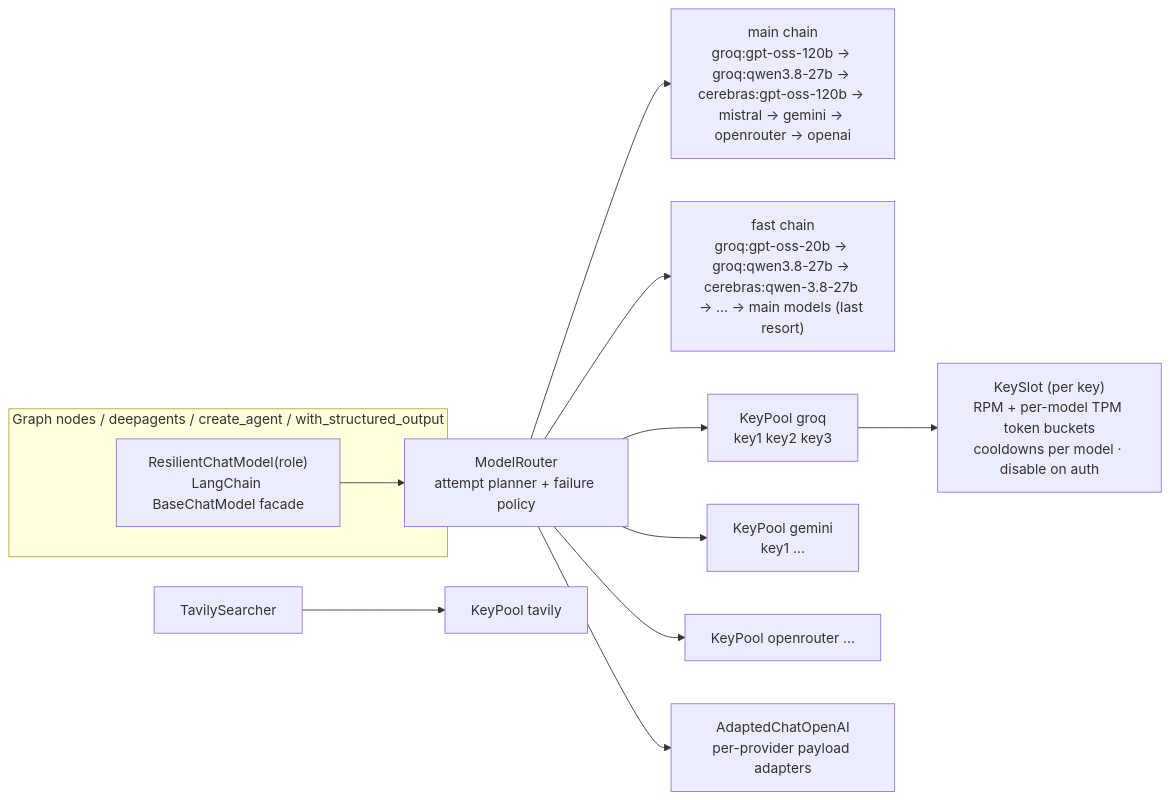
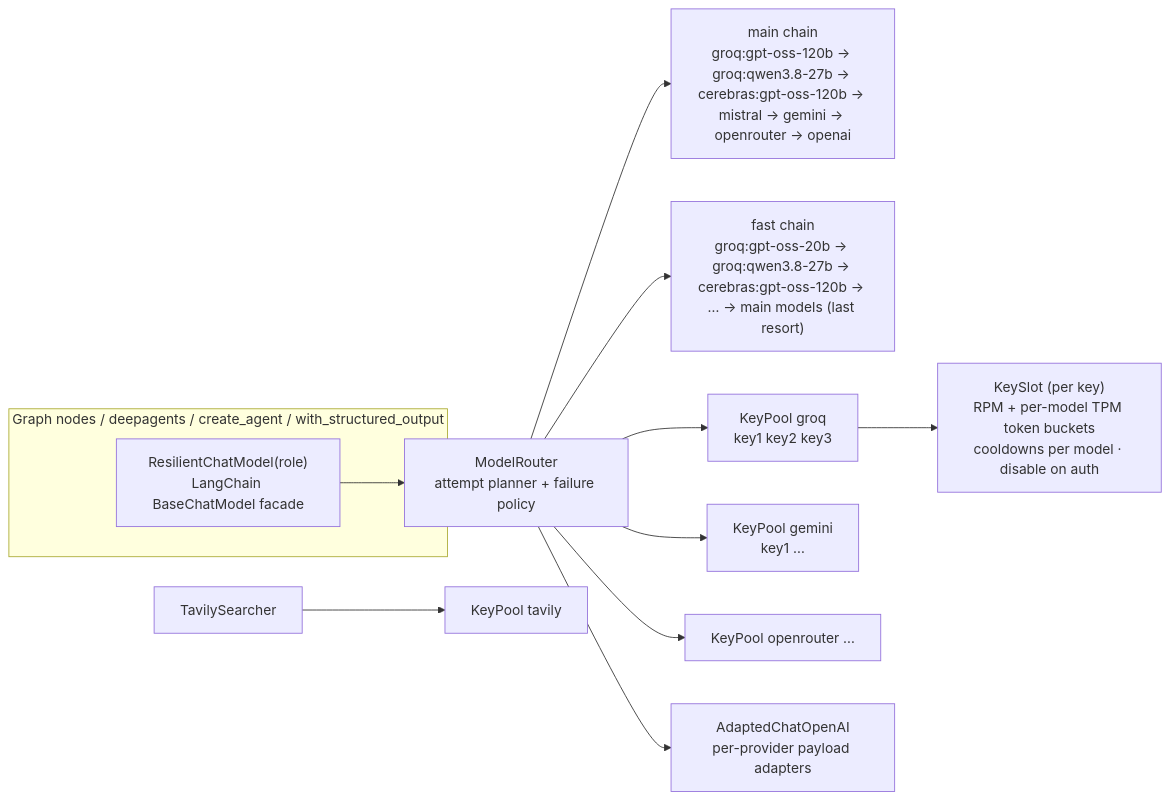
Before and after one commit to YashMittal1503/ReAct-Search-Agent: the third of 3 diagrams in README.md, drawn with Mermaid. The commit also changed 4 other files, not shown here.

First line of the commit message:
Drop qwen-3.8-27b from Cerebras fast chain; classify forced-tool-call misses

````diff
--- a/README.md
+++ b/README.md
@@ -246,15 +246,15 @@
 ```mermaid
 flowchart LR
     subgraph Nodes["Graph nodes / deepagents / create_agent / with_structured_output"]
         RCM["ResilientChatModel(role)<br/>LangChain BaseChatModel facade"]
     end
     RCM --> R["ModelRouter<br/>attempt planner + failure policy"]
     R --> C1["main chain<br/>groq:gpt-oss-120b → groq:qwen3.8-27b → cerebras:gpt-oss-120b → mistral → gemini → openrouter → openai"]
-    R --> C2["fast chain<br/>groq:gpt-oss-20b → groq:qwen3.8-27b → cerebras:qwen-3.8-27b → … → main models (last resort)"]
+    R --> C2["fast chain<br/>groq:gpt-oss-20b → groq:qwen3.8-27b → cerebras:gpt-oss-120b → … → main models (last resort)"]
     R --> P1["KeyPool groq<br/>key1 key2 key3"]
     R --> P2["KeyPool gemini<br/>key1 …"]
     R --> P3["KeyPool openrouter …"]
     P1 --> S["KeySlot (per key)<br/>RPM + per-model TPM token buckets<br/>cooldowns per model · disable on auth"]
     R --> A["AdaptedChatOpenAI<br/>per-provider payload adapters"]
     T["TavilySearcher"] --> PT["KeyPool tavily"]
 ```
````
